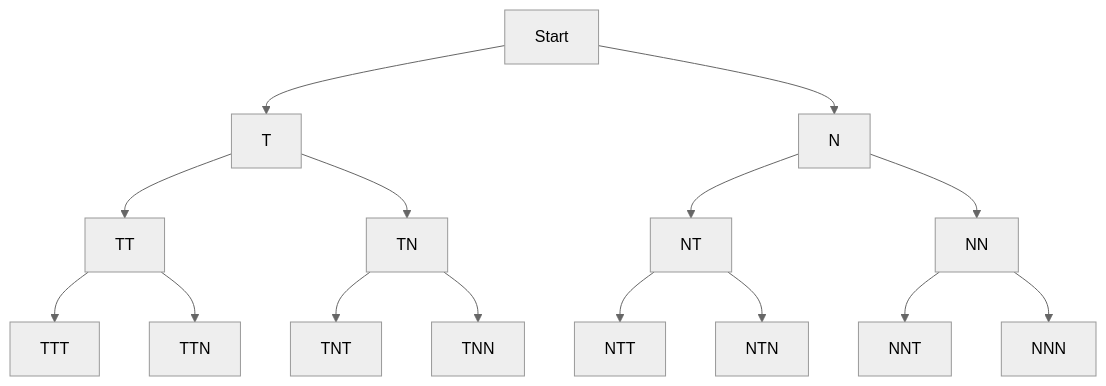
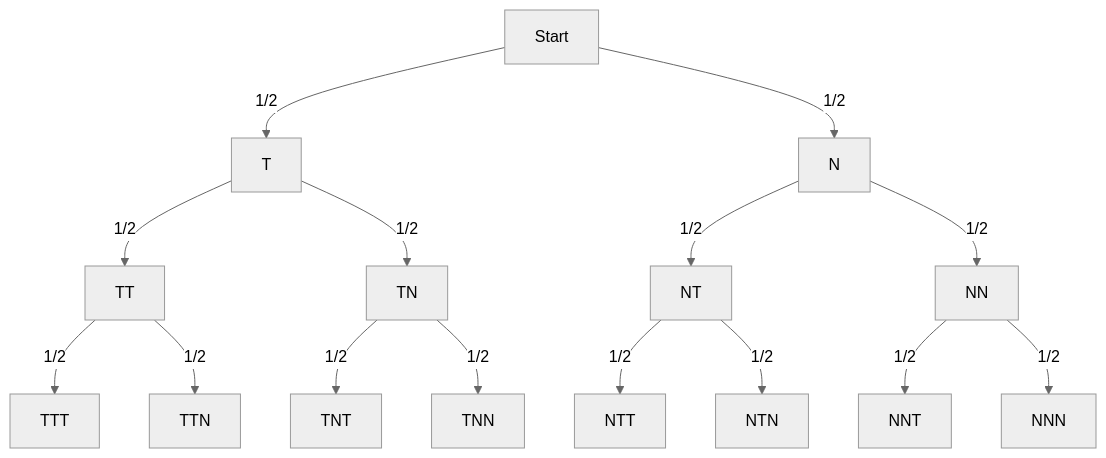
The second of 5 diagrams in 0350-wskt2.qmd (sebastiansauer/start-bayes), drawn with Mermaid (neutral theme) before and after one commit. The commit also changed other lines of this file and 9 other files, not shown here.

````diff
--- a/0350-wskt2.qmd
+++ b/0350-wskt2.qmd
@@ -975,23 +928,23 @@
 ```{mermaid}
 %%| label: fig-dreimuenzen
 %%| fig-cap: "Wir werfen drei faire Münzen: Das dreifach wiederholte binäre Zufallexperiment"
 graph TD
-    A[Start] --> B1[T]
-    A --> B2[N]
+    A[Start] --1/2-->  B1[T]
+    A --1/2-->  B2[N]
 
     %% Zweiter Wurf
-    B1 --> C1[TT]
-    B1 --> C2[TN]
-    B2 --> C3[NT]
-    B2 --> C4[NN]
+    B1 --1/2-->  C1[TT]
+    B1 --1/2-->  C2[TN]
+    B2 --1/2-->  C3[NT]
+    B2 --1/2-->  C4[NN]
 
     %% Dritter Wurf
-    C1 --> D1[TTT]
-    C1 --> D2[TTN]
-    C2 --> D3[TNT]
-    C2 --> D4[TNN]
-    C3 --> D5[NTT]
-    C3 --> D6[NTN]
-    C4 --> D7[NNT]
-    C4 --> D8[NNN]
+    C1 --1/2-->  D1[TTT]
+    C1 --1/2-->  D2[TTN]
+    C2 --1/2-->  D3[TNT]
+    C2 --1/2-->  D4[TNN]
+    C3 --1/2-->  D5[NTT]
+    C3 --1/2-->  D6[NTN]
+    C4 --1/2-->  D7[NNT]
+    C4 --1/2-->  D8[NNN]
 ```
````
